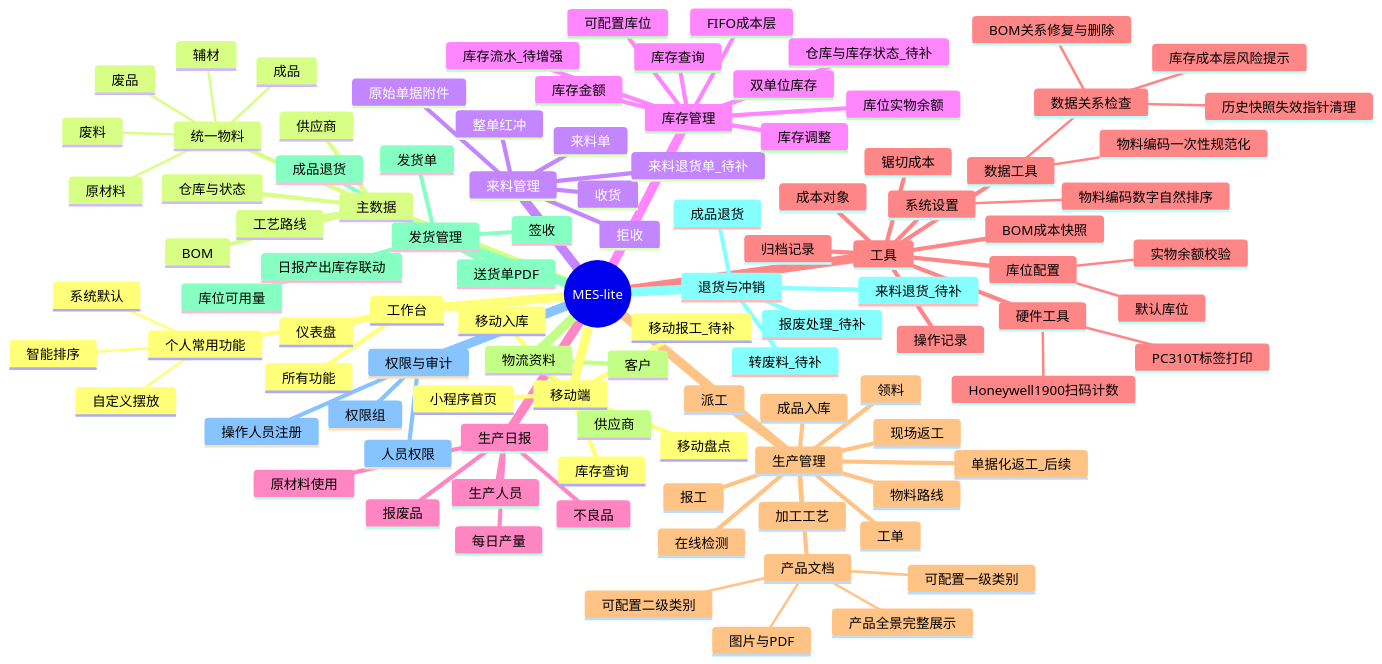
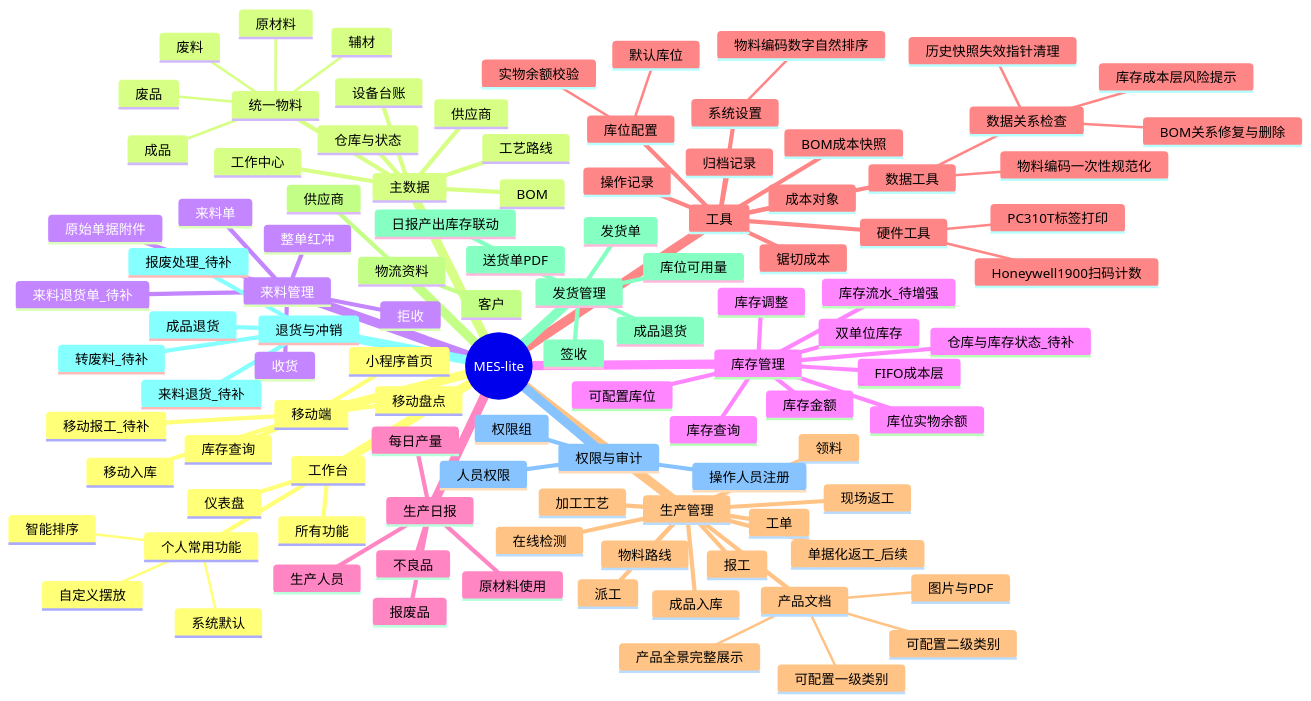
The first of 16 diagrams in docs/minierp/system-function-flow.md (goldf2/mes-lite), drawn with Mermaid before and after one commit. The commit also changed other lines of this file and 23 other files, not shown here.

```diff
--- a/docs/minierp/system-function-flow.md
+++ b/docs/minierp/system-function-flow.md
@@ -39,6 +41,8 @@
       供应商
       BOM
       工艺路线
+      工作中心
+      设备台账
       仓库与状态
     来料管理
       来料单
```
